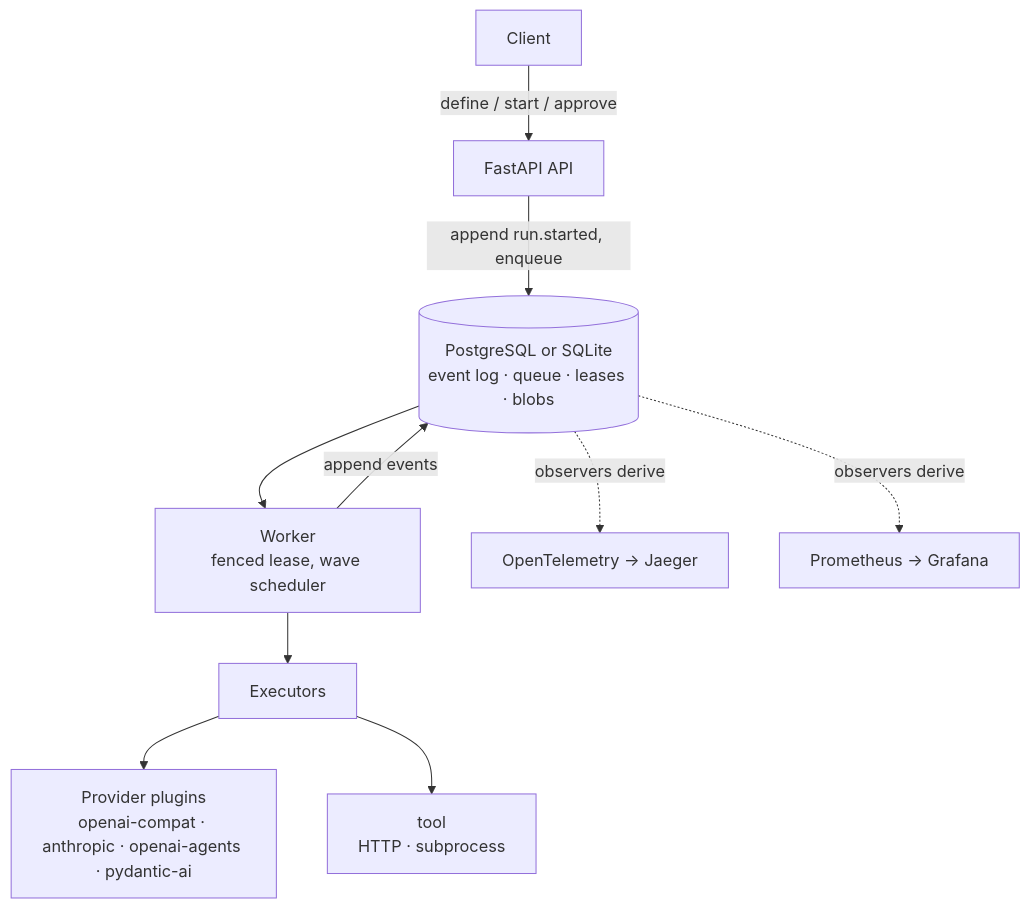
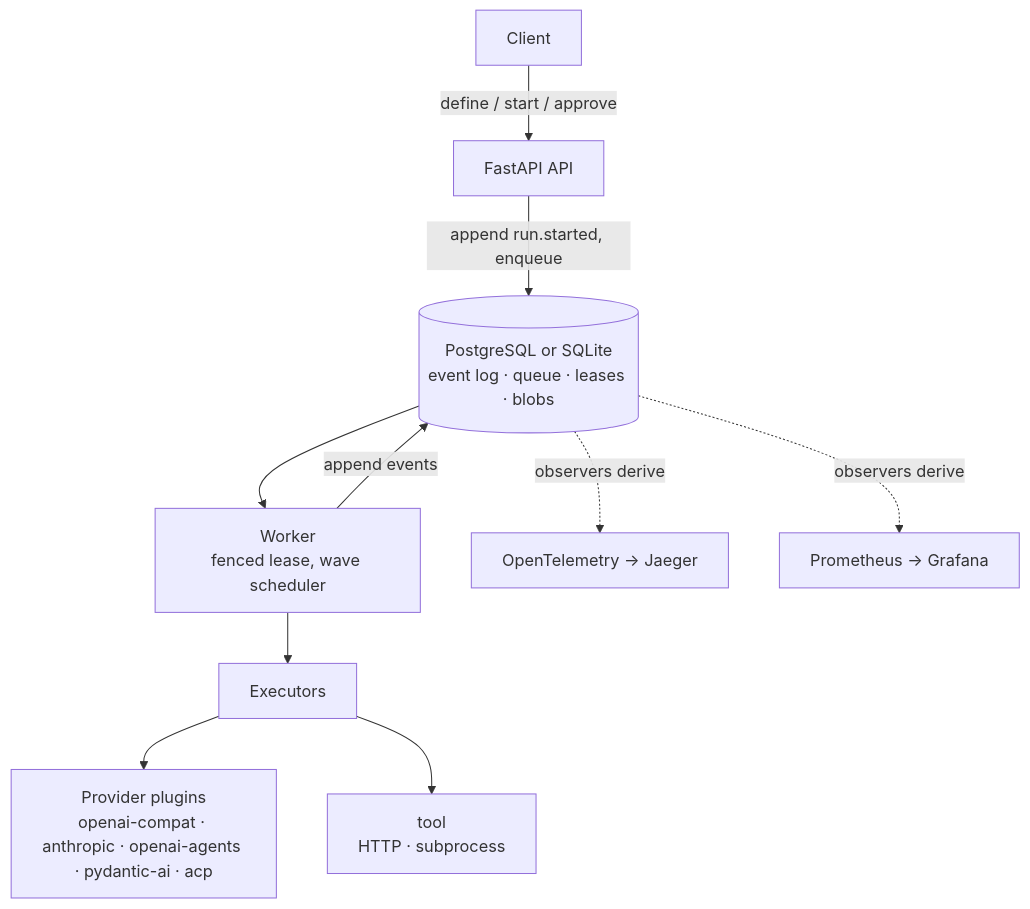
The diagram in README.md (AmitSinghOM/AgentOS), drawn with Mermaid before and after one commit. The commit also changed other lines of this file and 14 other files, not shown here.

First line of the commit message:
feat(providers): Add agentos-provider-acp (kiro-cli acp as a step)

````diff
--- a/README.md
+++ b/README.md
@@ -43,12 +43,12 @@
 ```mermaid
 flowchart TD
     C[Client] -->|define / start / approve| API[FastAPI API]
     API -->|append run.started, enqueue| PG[(PostgreSQL or SQLite<br/>event log · queue · leases · blobs)]
     PG --> W[Worker<br/>fenced lease, wave scheduler]
     W --> EXEC[Executors]
-    EXEC --> PROV[Provider plugins<br/>openai-compat · anthropic · openai-agents · pydantic-ai]
+    EXEC --> PROV[Provider plugins<br/>openai-compat · anthropic · openai-agents · pydantic-ai · acp]
     EXEC --> TOOL[tool<br/>HTTP · subprocess]
     W -->|append events| PG
     PG -.observers derive.-> OTEL[OpenTelemetry → Jaeger]
     PG -.observers derive.-> PROM[Prometheus → Grafana]
 ```
````
